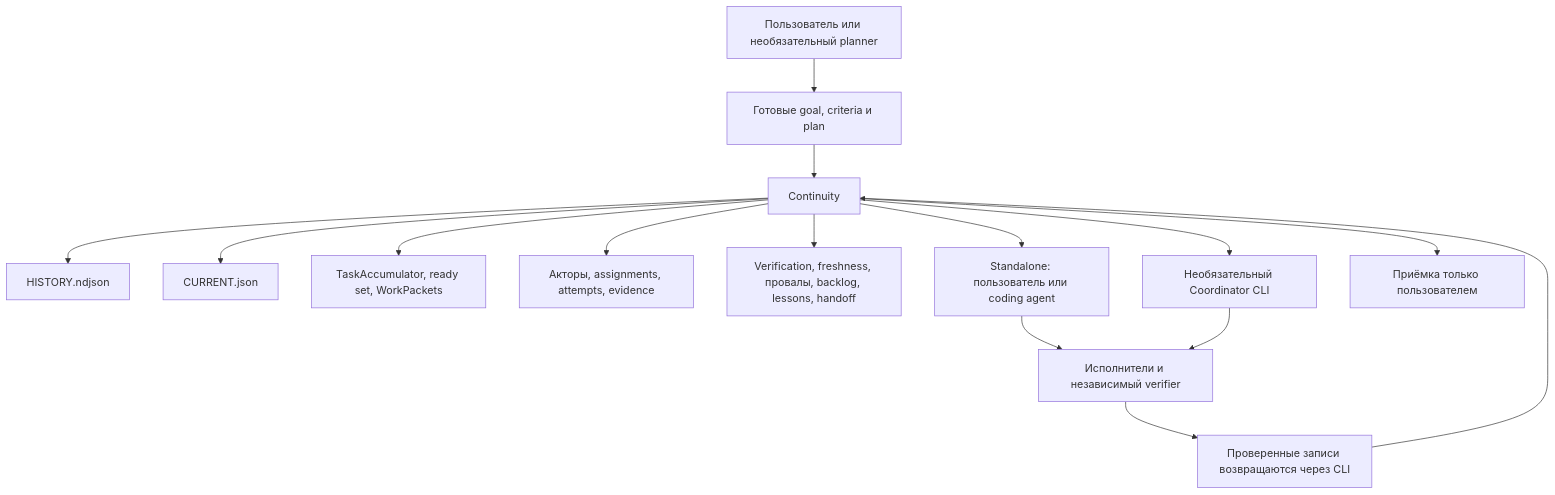
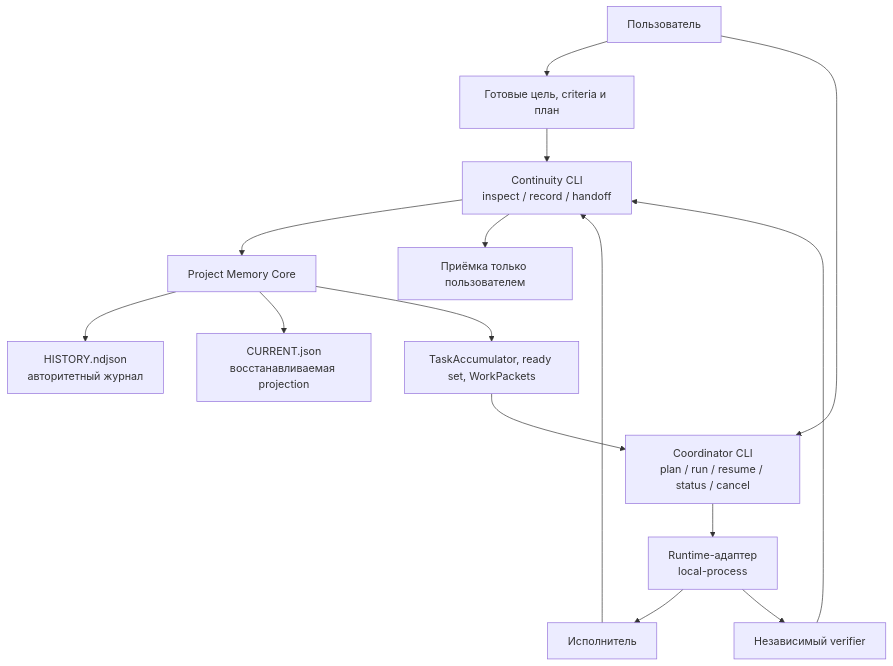
One commit to Altarnik88/continuity changed the diagram in README.ru.md. Above: the diagram before and after it, drawn with Mermaid. The commit also changed other lines of this file and 1 other file, not shown here.

Commit message:
docs: explain memory, agent management, project contour, and why to download

````diff
--- a/README.ru.md
+++ b/README.ru.md
@@ -125,17 +70,30 @@
 ```mermaid
 flowchart TB
-  user["Пользователь или необязательный planner"] --> ready["Готовые goal, criteria и plan"]
-  ready --> continuity["Continuity"]
-  continuity --> journal["HISTORY.ndjson"]
-  continuity --> projection["CURRENT.json"]
-  continuity --> derived["TaskAccumulator, ready set, WorkPackets"]
-  continuity --> records["Акторы, assignments, attempts, evidence"]
-  continuity --> status["Verification, freshness, провалы, backlog, lessons, handoff"]
-  continuity --> standalone["Standalone: пользователь или coding agent"]
-  continuity --> coordinated["Необязательный Coordinator CLI"]
-  standalone --> workers["Исполнители и независимый verifier"]
-  coordinated --> workers
-  workers --> validated["Проверенные записи возвращаются через CLI"]
-  validated --> continuity
-  continuity --> acceptance["Приёмка только пользователем"]
+  user["Пользователь"]
+  planIn["Готовые цель, criteria и план"]
+  mem["Continuity CLI<br/>inspect / record / handoff"]
+  core["Project Memory Core"]
+  journal["HISTORY.ndjson<br/>авторитетный журнал"]
+  projection["CURRENT.json<br/>восстанавливаемая projection"]
+  derived["TaskAccumulator, ready set, WorkPackets"]
+  coord["Coordinator CLI<br/>plan / run / resume / status / cancel"]
+  adapter["Runtime-адаптер<br/>local-process"]
+  exec["Исполнитель"]
+  ver["Независимый verifier"]
+  accept["Приёмка только пользователем"]
+
+  user --> planIn
+  planIn --> mem
+  mem --> core
+  core --> journal
+  core --> projection
+  core --> derived
+  user --> coord
+  derived --> coord
+  coord --> adapter
+  adapter --> exec
+  adapter --> ver
+  exec --> mem
+  ver --> mem
+  mem --> accept
 ```
````
